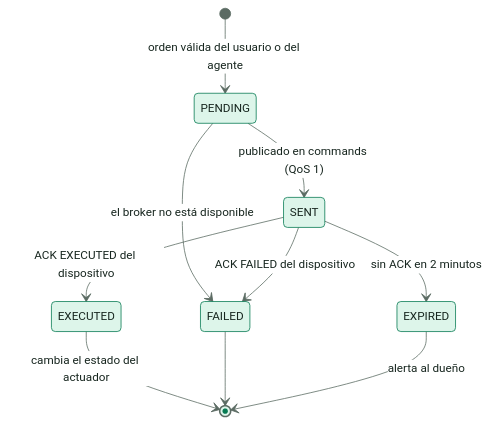
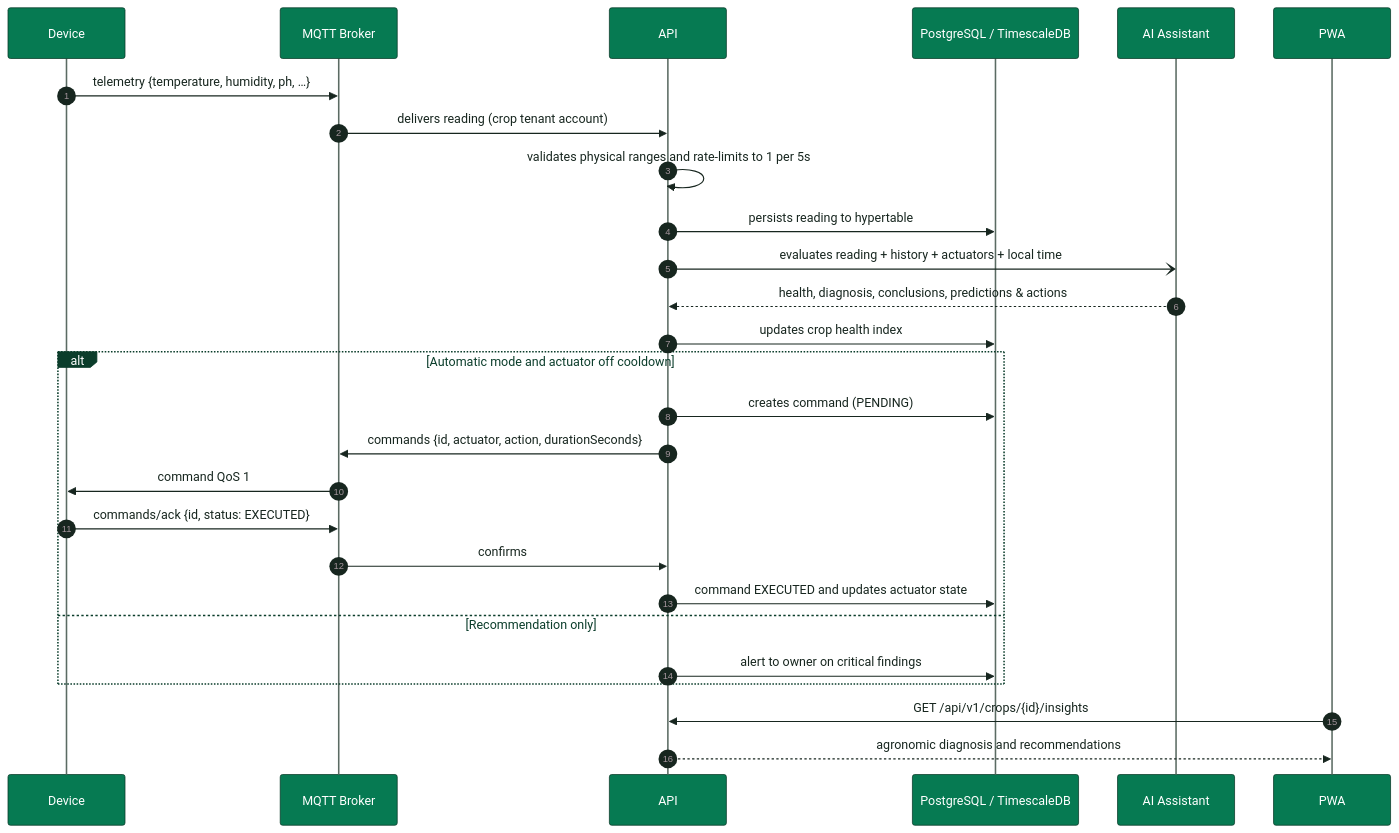
The third of 14 diagrams in docs/SmartPot_Technical_Documentation.md (SmartPotTech/.github), drawn with Mermaid before and after one commit. The commit also changed other lines of this file and 186 other files, not shown here.

Commit message:
docs(specs): synchronize 100% english organization documentation, diagrams, and formal deliverables

````diff
--- a/docs/SmartPot_Technical_Documentation.md
+++ b/docs/SmartPot_Technical_Documentation.md
@@ -577,13 +183,30 @@
 ```mermaid
 %%{init: {"theme": "base", "fontFamily": "Segoe UI, Arial, sans-serif", "themeVariables": {"fontFamily": "Segoe UI, Arial, sans-serif", "fontSize": "15px", "primaryColor": "#DDF5EA", "primaryTextColor": "#17261F", "primaryBorderColor": "#067A52", "secondaryColor": "#E3F2FB", "secondaryTextColor": "#17261F", "secondaryBorderColor": "#1F6FA0", "tertiaryColor": "#F2F7F4", "tertiaryTextColor": "#17261F", "tertiaryBorderColor": "#D5E3DC", "lineColor": "#5B6B63", "textColor": "#17261F", "mainBkg": "#DDF5EA", "nodeBorder": "#067A52", "clusterBkg": "#F7FAF8", "clusterBorder": "#D5E3DC", "edgeLabelBackground": "#FFFFFF", "actorBkg": "#067A52", "actorBorder": "#0B3D2B", "actorTextColor": "#FFFFFF", "actorLineColor": "#5B6B63", "signalColor": "#17261F", "signalTextColor": "#17261F", "labelBoxBkgColor": "#0B3D2B", "labelBoxBorderColor": "#0B3D2B", "labelTextColor": "#FFFFFF", "loopTextColor": "#0B3D2B", "noteBkgColor": "#FDF4DD", "noteBorderColor": "#C98D12", "noteTextColor": "#17261F", "activationBkgColor": "#DDF5EA", "activationBorderColor": "#067A52", "attributeBackgroundColorOdd": "#FFFFFF", "attributeBackgroundColorEven": "#F2F7F4"}}}%%
-stateDiagram-v2
-  [*] --> PENDING: orden válida del usuario o del agente
-  PENDING --> SENT: publicado en commands (QoS 1)
-  PENDING --> FAILED: el broker no está disponible
-  SENT --> EXECUTED: ACK EXECUTED del dispositivo
-  SENT --> FAILED: ACK FAILED del dispositivo
-  SENT --> EXPIRED: sin ACK en 2 minutos
-  EXECUTED --> [*]: cambia el estado del actuador
-  FAILED --> [*]
-  EXPIRED --> [*]: alerta al dueño
+sequenceDiagram
+  autonumber
+  participant M as Device
+  participant B as MQTT Broker
+  participant A as API
+  participant D as PostgreSQL / TimescaleDB
+  participant I as AI Assistant
+  participant U as PWA
+  M->>B: telemetry {temperature, humidity, ph, …}
+  B->>A: delivers reading (crop tenant account)
+  A->>A: validates physical ranges and rate-limits to 1 per 5s
+  A->>D: persists reading to hypertable
+  A-)I: evaluates reading + history + actuators + local time
+  I-->>A: health, diagnosis, conclusions, predictions & actions
+  A->>D: updates crop health index
+  alt Automatic mode and actuator off cooldown
+    A->>D: creates command (PENDING)
+    A->>B: commands {id, actuator, action, durationSeconds}
+    B->>M: command QoS 1
+    M->>B: commands/ack {id, status: EXECUTED}
+    B->>A: confirms
+    A->>D: command EXECUTED and updates actuator state
+  else Recommendation only
+    A->>D: alert to owner on critical findings
+  end
+  U->>A: GET /api/v1/crops/{id}/insights
+  A-->>U: agronomic diagnosis and recommendations
 ```
````
